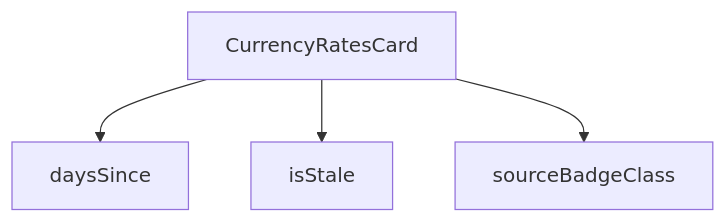
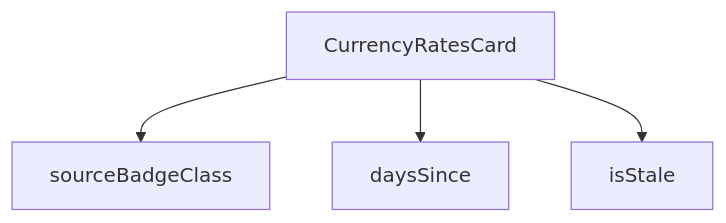
One commit to peckop/venthub-hvac-esite changed the diagram in src/components/admin/pricing/CurrencyRatesCard.md. Above: the diagram before and after it, drawn with Mermaid. The commit also changed other lines of this file and 169 other files, not shown here.

````diff
--- a/src/components/admin/pricing/CurrencyRatesCard.md
+++ b/src/components/admin/pricing/CurrencyRatesCard.md
@@ -139,10 +156,10 @@
 ```mermaid
 graph TD
     CurrencyRatesCard_tsx__CurrencyRatesCard["CurrencyRatesCard"]
     CurrencyRatesCard_tsx__daysSince["daysSince"]
     CurrencyRatesCard_tsx__isStale["isStale"]
     CurrencyRatesCard_tsx__sourceBadgeClass["sourceBadgeClass"]
+    CurrencyRatesCard_tsx__CurrencyRatesCard --> CurrencyRatesCard_tsx__sourceBadgeClass
     CurrencyRatesCard_tsx__CurrencyRatesCard --> CurrencyRatesCard_tsx__daysSince
     CurrencyRatesCard_tsx__CurrencyRatesCard --> CurrencyRatesCard_tsx__isStale
-    CurrencyRatesCard_tsx__CurrencyRatesCard --> CurrencyRatesCard_tsx__sourceBadgeClass
 ```
````
